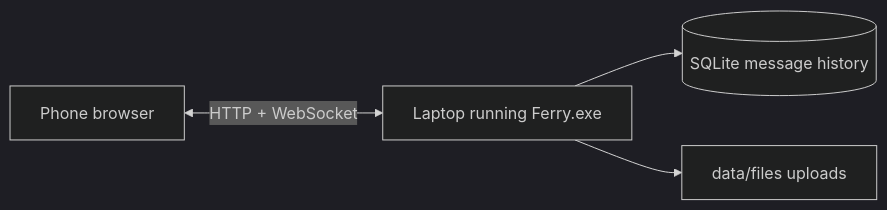
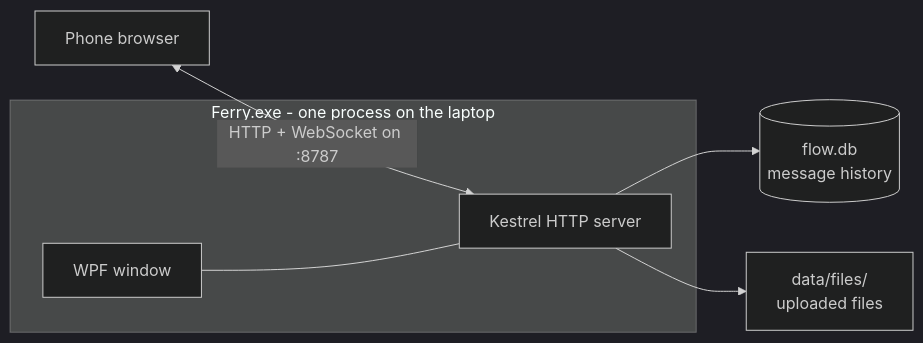
Before and after one commit to strix52/ferry: the diagram in README.md, drawn with Mermaid (dark theme). The commit also changed other lines of this file, not shown here.

Commit message:
Restructure README and show the process boundary in the architecture diagram

````diff
--- a/README.md
+++ b/README.md
@@ -27,6 +79,12 @@
 ```mermaid
 flowchart LR
-  Phone["Phone browser"] <-->|"HTTP + WebSocket"| Laptop["Laptop running Ferry.exe"]
-  Laptop --> DB[("SQLite message history")]
-  Laptop --> Files["data/files uploads"]
+  Phone["Phone browser"]
+  subgraph Ferry["Ferry.exe - one process on the laptop"]
+    WPF["WPF window"]
+    Kestrel["Kestrel HTTP server"]
+  end
+  Phone <-->|"HTTP + WebSocket on :8787"| Kestrel
+  WPF --- Kestrel
+  Kestrel --> DB[("flow.db<br/>message history")]
+  Kestrel --> Files["data/files/<br/>uploaded files"]
 ```
````
